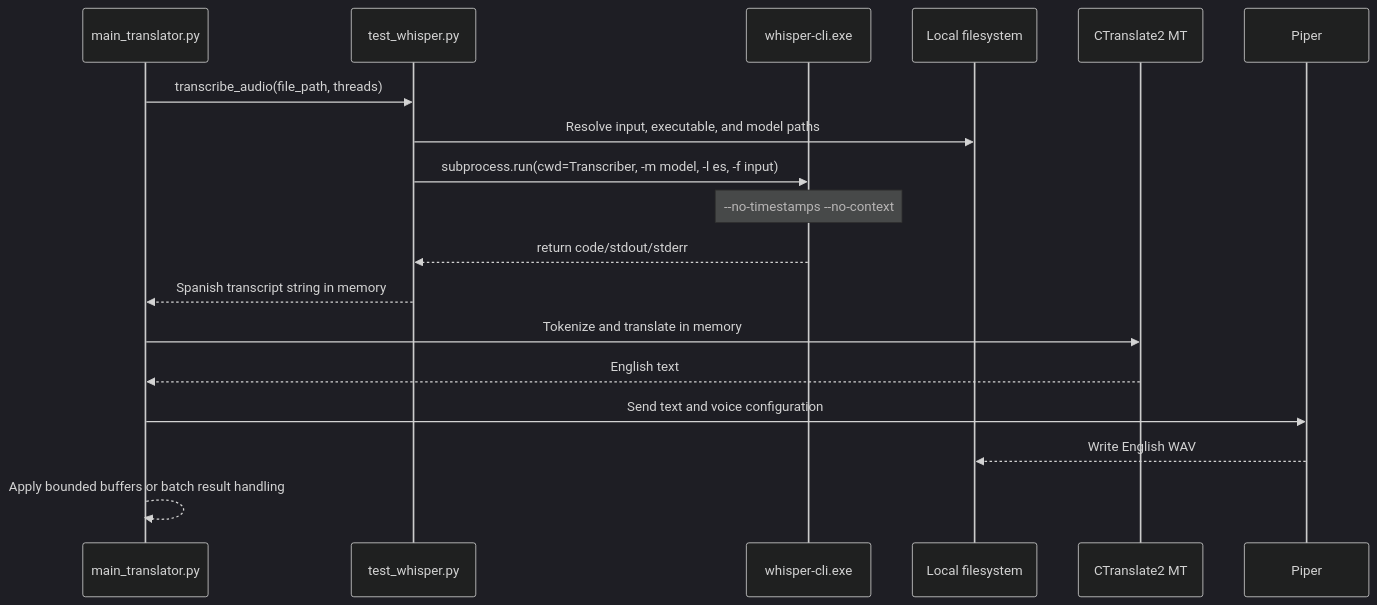
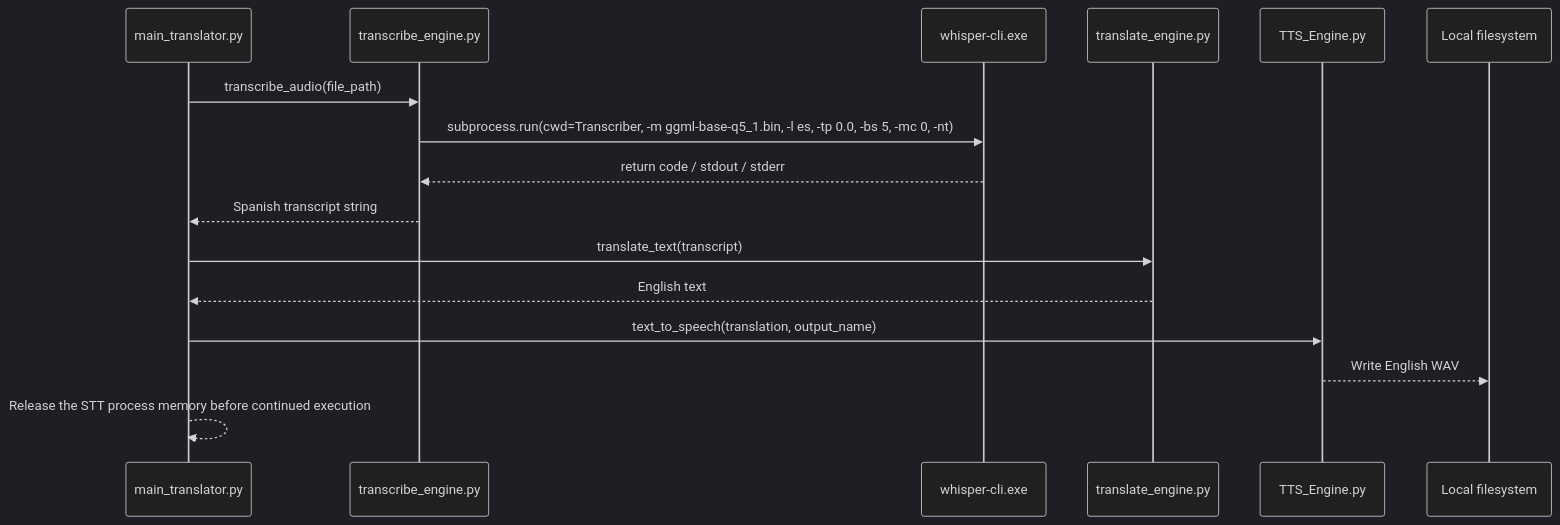
Before and after one commit to Kaybee098/AudioLater: the second of 3 diagrams in docs/02_diagrams.md, drawn with Mermaid (dark theme). The commit also changed other lines of this file and 10 other files, not shown here.

````diff
--- a/docs/02_diagrams.md
+++ b/docs/02_diagrams.md
@@ -20,21 +20,19 @@
 ```mermaid
 sequenceDiagram
     participant App as main_translator.py
-    participant STT as test_whisper.py
+    participant STT as transcribe_engine.py
     participant W as whisper-cli.exe
+    participant MT as translate_engine.py
+    participant TTS as TTS_Engine.py
     participant FS as Local filesystem
-    participant MT as CTranslate2 MT
-    participant TTS as Piper
 
-    App->>STT: transcribe_audio(file_path, threads)
-    STT->>FS: Resolve input, executable, and model paths
-    STT->>W: subprocess.run(cwd=Transcriber, -m model, -l es, -f input)
-    Note over W: --no-timestamps --no-context
-    W-->>STT: return code/stdout/stderr
-    STT-->>App: Spanish transcript string in memory
-    App->>MT: Tokenize and translate in memory
+    App->>STT: transcribe_audio(file_path)
+    STT->>W: subprocess.run(cwd=Transcriber, -m ggml-base-q5_1.bin, -l es, -tp 0.0, -bs 5, -mc 0, -nt)
+    W-->>STT: return code / stdout / stderr
+    STT-->>App: Spanish transcript string
+    App->>MT: translate_text(transcript)
     MT-->>App: English text
-    App->>TTS: Send text and voice configuration
+    App->>TTS: text_to_speech(translation, output_name)
     TTS-->>FS: Write English WAV
-    App-->>App: Apply bounded buffers or batch result handling
+    App-->>App: Release the STT process memory before continued execution
 ```
````
